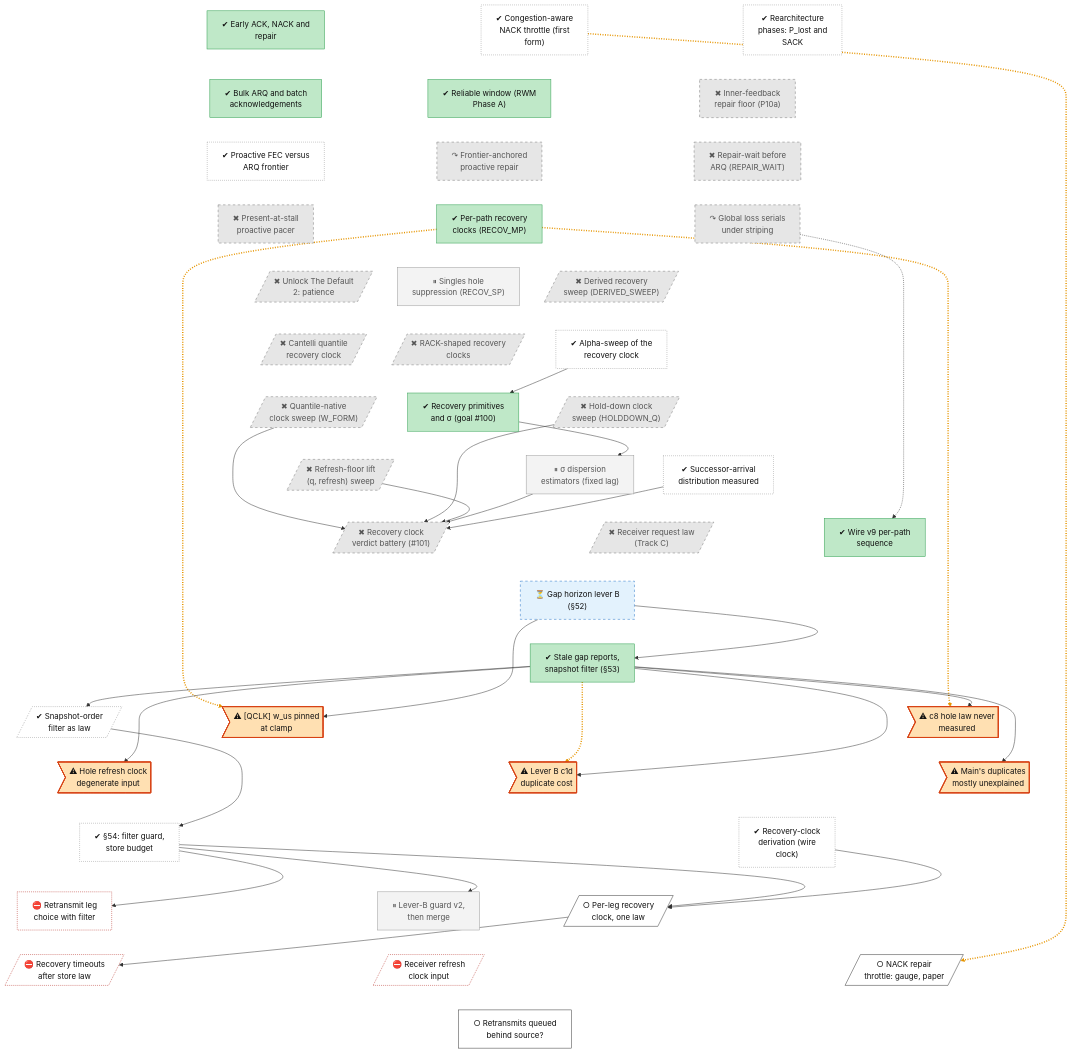
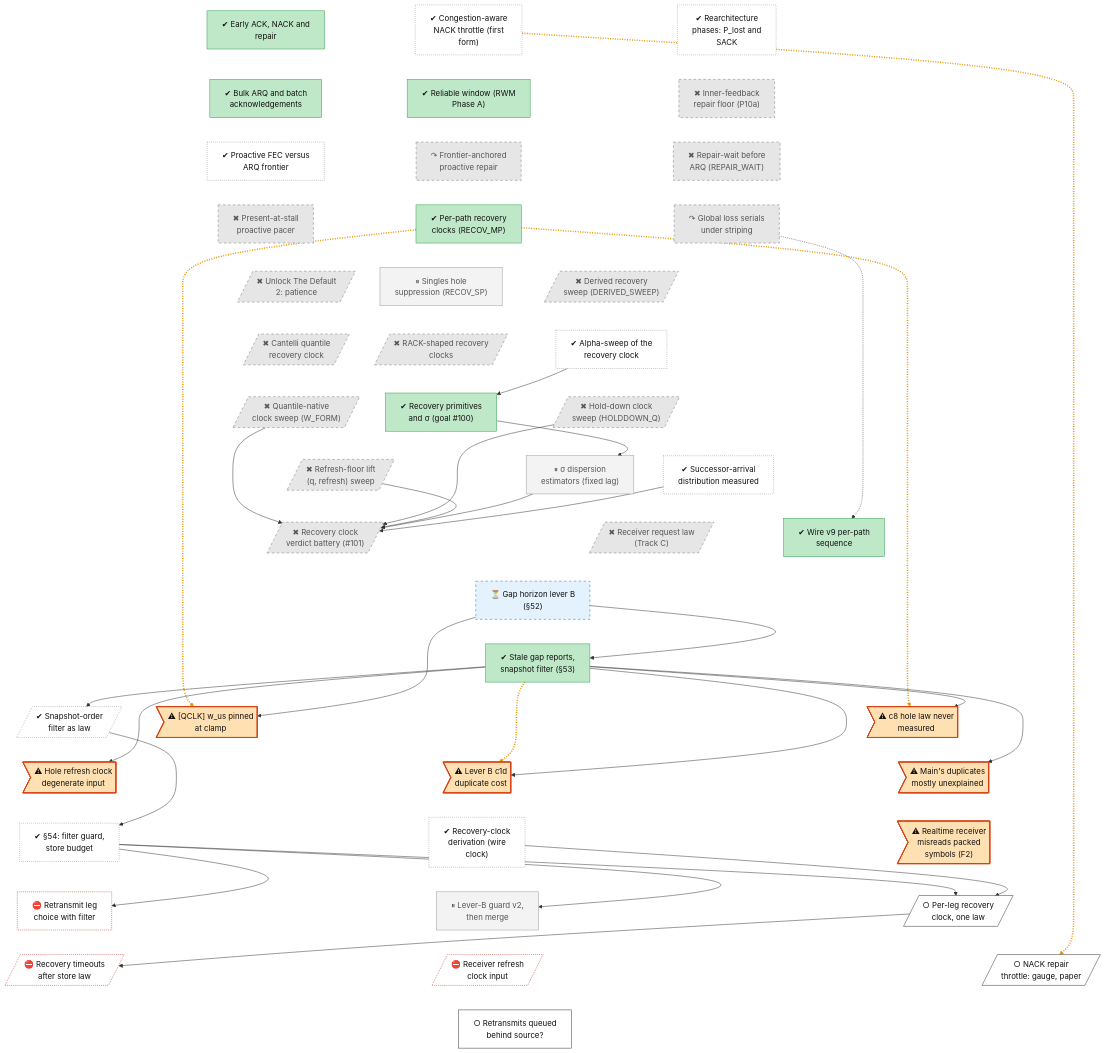
The diagram in docs/roadmap/tracks/rec.md (lhns/raptorpath), drawn with Mermaid before and after one commit. The commit also changed other lines of this file and 4 other files, not shown here.

First line of the commit message:
status: engine defect F2 (Realtime receiver misreads packed symbols when the one-shot WindowStart is lost; acks what it cannot unframe) and §51 Amendment 2 (E rehearsal NO-GO from F2; block E and block 51's Realtime rows wait for the fix); roadmap node

````diff
--- a/docs/roadmap/tracks/rec.md
+++ b/docs/roadmap/tracks/rec.md
@@ -46,6 +46,7 @@
     rec_defect_base_duplicates>"⚠ Main's duplicates<br/>mostly unexplained"]
     rec_s54_session["✔ #167;54: filter guard,<br/>store budget"]
     rec_wire_clock_derivation["✔ Recovery-clock<br/>derivation (wire<br/>clock)"]
+    rec_defect_realtime_framing>"⚠ Realtime receiver<br/>misreads packed<br/>symbols (F2)"]
     rec_w0_leg_question["⛔ Retransmit leg<br/>choice with filter"]
     rec_leverb_guard["⏸ Lever-B guard v2,<br/>then merge"]
     rec_fix_perleg_clock_n1[/"○ Per-leg recovery<br/>clock, one law"/]
@@ -89,10 +90,10 @@
     rec_defect_hole_law ~~~ rec_defect_base_duplicates
     rec_defect_refresh_input ~~~ rec_s54_session
     rec_leverb_c1d_cost ~~~ rec_wire_clock_derivation
-    rec_defect_base_duplicates ~~~ rec_wire_clock_derivation
+    rec_defect_base_duplicates ~~~ rec_defect_realtime_framing
     rec_s54_session ~~~ rec_w0_leg_question
     rec_wire_clock_derivation ~~~ rec_leverb_guard
-    rec_wire_clock_derivation ~~~ rec_fix_perleg_clock_n1
+    rec_defect_realtime_framing ~~~ rec_fix_perleg_clock_n1
     rec_w0_leg_question ~~~ rec_recovery_timeouts
     rec_leverb_guard ~~~ rec_fix_refresh_clock
     rec_fix_perleg_clock_n1 ~~~ rec_fix_nack_throttle
@@ -143,7 +144,7 @@
     class rec_p10a_repair_floor,rec_inline_repair,rec_proactive_repair,rec_present_at_stall,rec_mp_serial,rec_patience_derived,rec_clock_candidates,rec_rack_clocks,rec_cantelli_clock,rec_qnative_clock,rec_holddown_clock,rec_refresh_floor,rec_goal101,rec_receiver_law dead
     class rec_recov_sp,rec_dispersion_est,rec_leverb_guard parked
     class rec_gap_horizon waiting
-    class rec_defect_qclk_clamp,rec_defect_hole_law,rec_defect_refresh_input,rec_leverb_c1d_cost,rec_defect_base_duplicates defect
+    class rec_defect_qclk_clamp,rec_defect_hole_law,rec_defect_refresh_input,rec_leverb_c1d_cost,rec_defect_base_duplicates,rec_defect_realtime_framing defect
     class rec_w0_leg_question,rec_recovery_timeouts,rec_fix_refresh_clock blocked
     class rec_fix_perleg_clock_n1,rec_fix_nack_throttle,rec_retx_behind_source next
 ```
````
